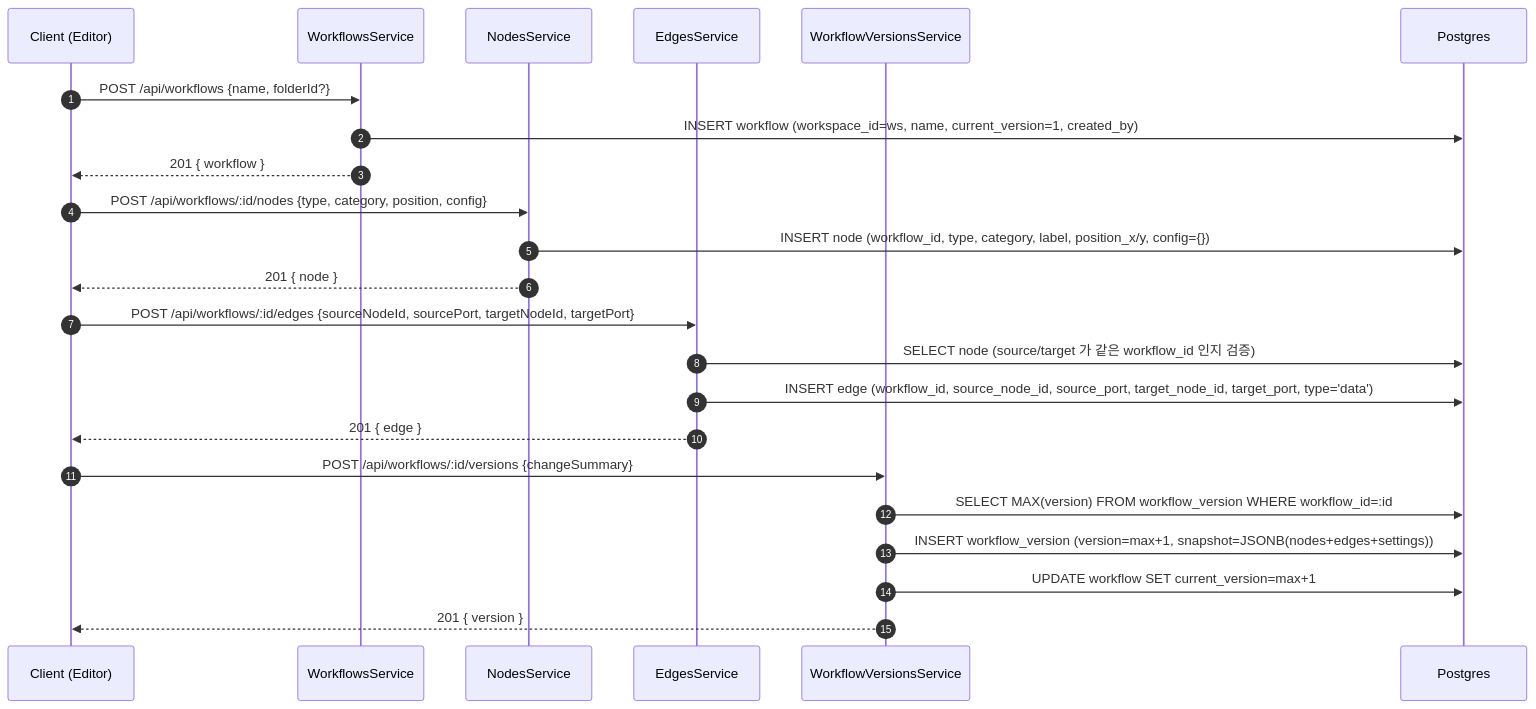
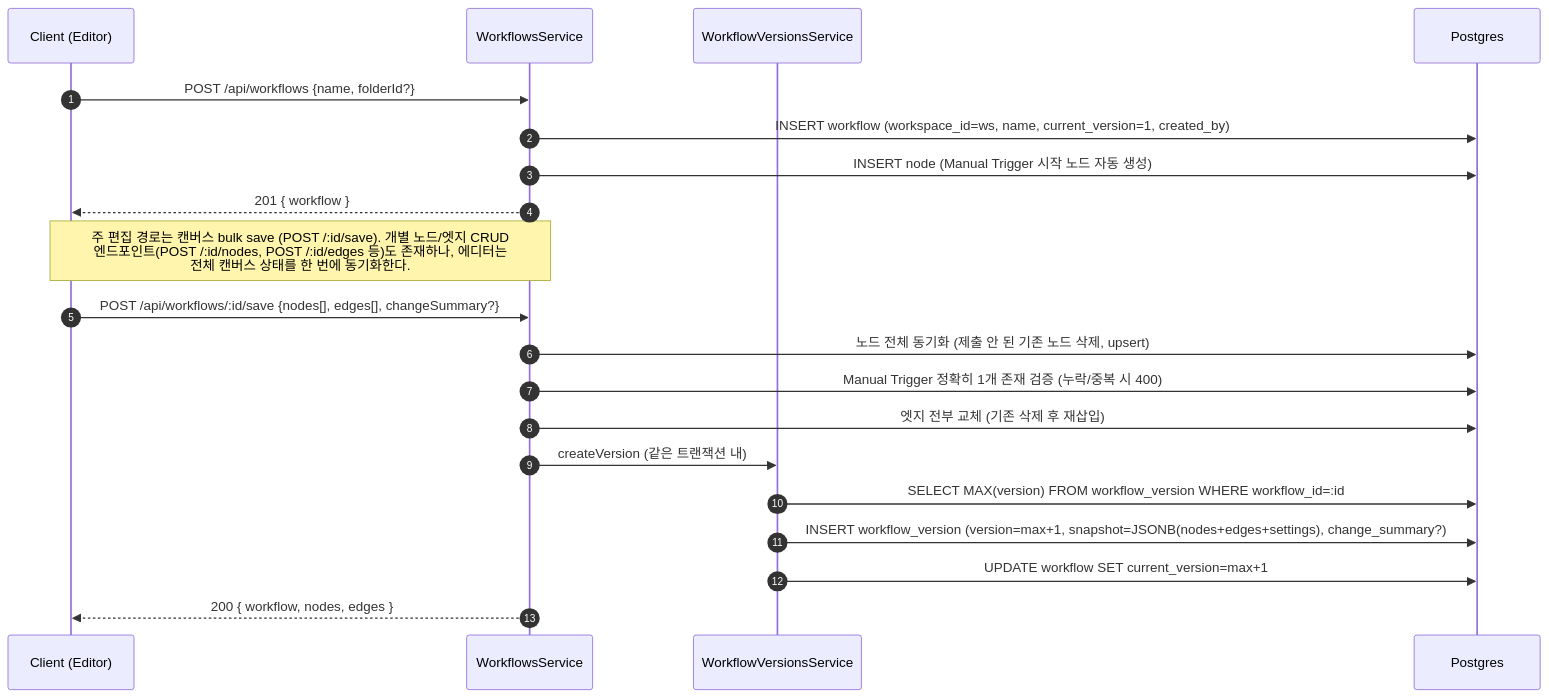
The first of 3 diagrams in spec/data-flow/11-workflow.md (worker-ants/clemvion), drawn with Mermaid before and after one commit. The commit also changed other lines of this file and 186 other files, not shown here.

First line of the commit message:
docs(spec): 전수 코드정합성 동기화 + version-history 재배치 (audit 기반) (#440)

````diff
--- a/spec/data-flow/11-workflow.md
+++ b/spec/data-flow/11-workflow.md
@@ -29,29 +29,25 @@
 ```mermaid
 sequenceDiagram
   autonumber
   participant C as Client (Editor)
   participant Wf as WorkflowsService
-  participant Nd as NodesService
-  participant Ed as EdgesService
   participant Ver as WorkflowVersionsService
   participant PG as Postgres
 
   C->>Wf: POST /api/workflows {name, folderId?}
   Wf->>PG: INSERT workflow (workspace_id=ws, name, current_version=1, created_by)
+  Wf->>PG: INSERT node (Manual Trigger 시작 노드 자동 생성)
   Wf-->>C: 201 { workflow }
 
-  C->>Nd: POST /api/workflows/:id/nodes {type, category, position, config}
-  Nd->>PG: INSERT node (workflow_id, type, category, label, position_x/y, config={})
-  Nd-->>C: 201 { node }
+  Note over C,Wf: 주 편집 경로는 캔버스 bulk save (POST /:id/save). 개별 노드/엣지 CRUD<br/>엔드포인트(POST /:id/nodes, POST /:id/edges 등)도 존재하나, 에디터는<br/>전체 캔버스 상태를 한 번에 동기화한다.
 
-  C->>Ed: POST /api/workflows/:id/edges {sourceNodeId, sourcePort, targetNodeId, targetPort}
-  Ed->>PG: SELECT node (source/target 가 같은 workflow_id 인지 검증)
-  Ed->>PG: INSERT edge (workflow_id, source_node_id, source_port, target_node_id, target_port, type='data')
-  Ed-->>C: 201 { edge }
-
-  C->>Ver: POST /api/workflows/:id/versions {changeSummary}
+  C->>Wf: POST /api/workflows/:id/save {nodes[], edges[], changeSummary?}
+  Wf->>PG: 노드 전체 동기화 (제출 안 된 기존 노드 삭제, upsert)
+  Wf->>PG: Manual Trigger 정확히 1개 존재 검증 (누락/중복 시 400)
+  Wf->>PG: 엣지 전부 교체 (기존 삭제 후 재삽입)
+  Wf->>Ver: createVersion (같은 트랜잭션 내)
   Ver->>PG: SELECT MAX(version) FROM workflow_version WHERE workflow_id=:id
-  Ver->>PG: INSERT workflow_version (version=max+1, snapshot=JSONB(nodes+edges+settings))
+  Ver->>PG: INSERT workflow_version (version=max+1, snapshot=JSONB(nodes+edges+settings), change_summary?)
   Ver->>PG: UPDATE workflow SET current_version=max+1
-  Ver-->>C: 201 { version }
+  Wf-->>C: 200 { workflow, nodes, edges }
 ```
````
